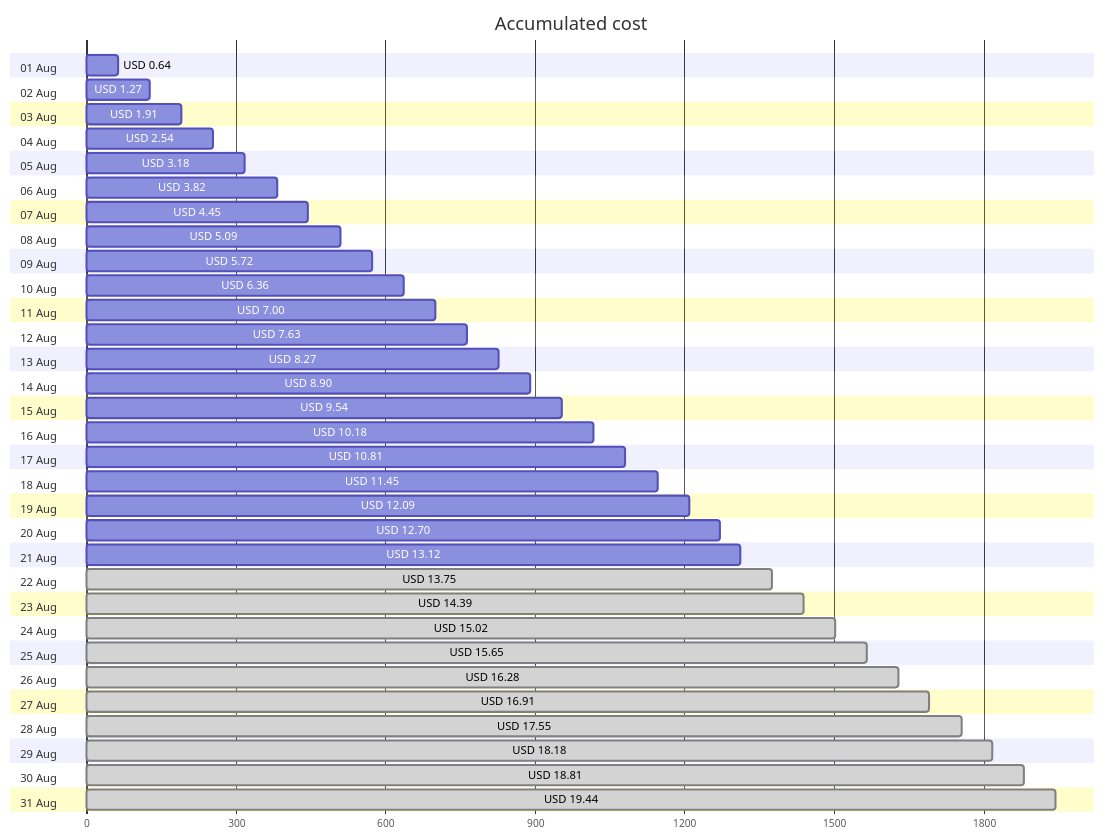
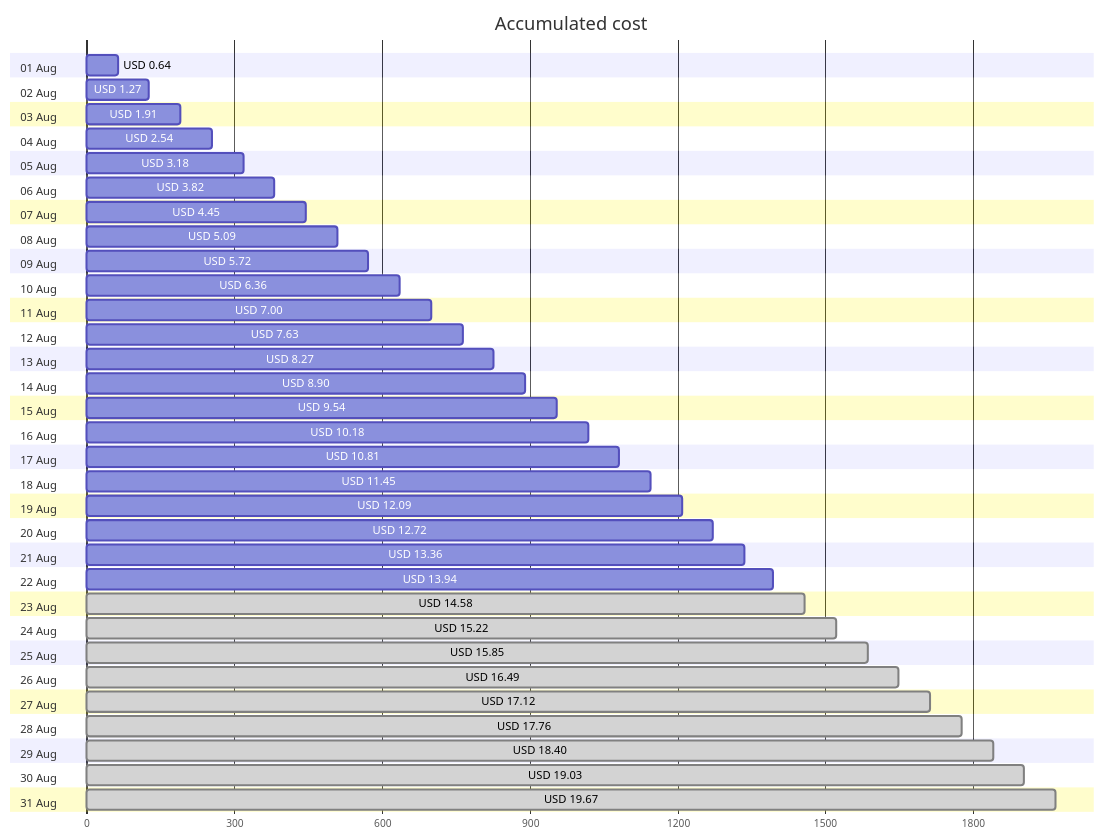
Before and after one commit to jpfulton/azure-personal-reports: the first of 4 diagrams in cost-reports/accumulated-cost.md, drawn with Mermaid. The commit also changed other lines of this file and 4 other files, not shown here.

````diff
--- a/cost-reports/accumulated-cost.md
+++ b/cost-reports/accumulated-cost.md
@@ -20,68 +20,68 @@
 ```mermaid
 gantt
    title Accumulated cost
    dateFormat  X
    axisFormat %s
    section 01 Aug
    USD 0.64 :0, 64
    section 02 Aug
    USD 1.27 :0, 127
    section 03 Aug
    USD 1.91 :0, 191
    section 04 Aug
    USD 2.54 :0, 254
    section 05 Aug
    USD 3.18 :0, 318
    section 06 Aug
    USD 3.82 :0, 382
    section 07 Aug
    USD 4.45 :0, 445
    section 08 Aug
    USD 5.09 :0, 509
    section 09 Aug
    USD 5.72 :0, 572
    section 10 Aug
    USD 6.36 :0, 636
    section 11 Aug
    USD 7.00 :0, 700
    section 12 Aug
    USD 7.63 :0, 763
    section 13 Aug
    USD 8.27 :0, 827
    section 14 Aug
    USD 8.90 :0, 890
    section 15 Aug
    USD 9.54 :0, 954
    section 16 Aug
    USD 10.18 :0, 1018
    section 17 Aug
    USD 10.81 :0, 1081
    section 18 Aug
    USD 11.45 :0, 1145
    section 19 Aug
    USD 12.09 :0, 1209
    section 20 Aug
-   USD 12.70 :0, 1270
+   USD 12.72 :0, 1272
    section 21 Aug
-   USD 13.12 :0, 1312
+   USD 13.36 :0, 1336
    section 22 Aug
-   USD 13.75 : done, 0, 1375
+   USD 13.94 :0, 1394
    section 23 Aug
-   USD 14.39 : done, 0, 1439
+   USD 14.58 : done, 0, 1458
    section 24 Aug
-   USD 15.02 : done, 0, 1502
+   USD 15.22 : done, 0, 1522
    section 25 Aug
-   USD 15.65 : done, 0, 1565
+   USD 15.85 : done, 0, 1585
    section 26 Aug
-   USD 16.28 : done, 0, 1628
+   USD 16.49 : done, 0, 1649
    section 27 Aug
-   USD 16.91 : done, 0, 1691
+   USD 17.12 : done, 0, 1712
    section 28 Aug
-   USD 17.55 : done, 0, 1755
+   USD 17.76 : done, 0, 1776
    section 29 Aug
-   USD 18.18 : done, 0, 1818
+   USD 18.40 : done, 0, 1840
    section 30 Aug
-   USD 18.81 : done, 0, 1881
+   USD 19.03 : done, 0, 1903
    section 31 Aug
-   USD 19.44 : done, 0, 1944
+   USD 19.67 : done, 0, 1967
 ```
````
